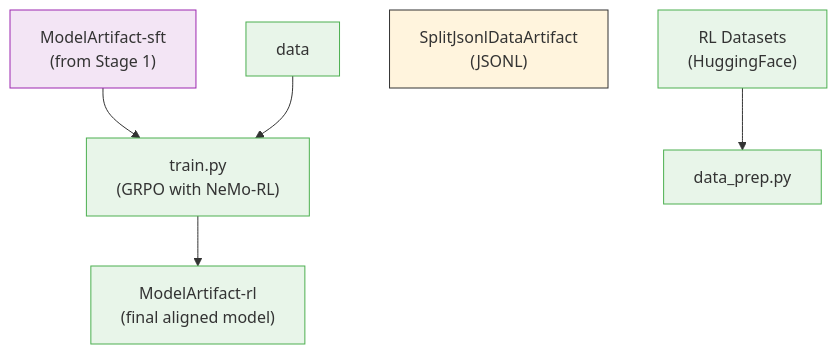
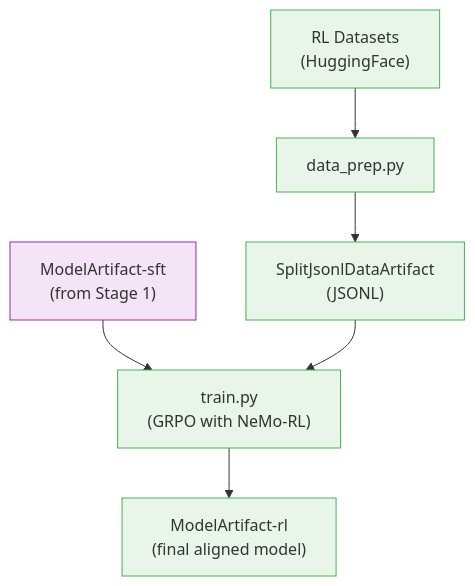
The second of 2 diagrams in docs/nemotron/lightning35/rl.md (NVIDIA-NeMo/Nemotron), drawn with Mermaid before and after one commit. The commit also changed other lines of this file and 166 other files, not shown here.

````diff
--- a/docs/nemotron/lightning35/rl.md
+++ b/docs/nemotron/lightning35/rl.md
@@ -389,16 +370,16 @@
 ```mermaid
 %%{init: {'theme': 'base', 'themeVariables': { 'primaryBorderColor': '#333333', 'lineColor': '#333333', 'primaryTextColor': '#333333'}}}%%
 flowchart TB
     prev["ModelArtifact-sft<br/>(from Stage 1)"] --> train
     rl["RL Datasets<br/>(HuggingFace)"] --> dp["data_prep.py"]
-    data2["SplitJsonlDataArtifact<br/>(JSONL)"]
+    dp --> data["SplitJsonlDataArtifact<br/>(JSONL)"]
     data --> train["train.py<br/>(GRPO with NeMo-RL)"]
     train --> model["ModelArtifact-rl<br/>(final aligned model)"]
 
     style prev fill:#f3e5f5,stroke:#9c27b0
     style rl fill:#e8f5e9,stroke:#4caf50
     style dp fill:#e8f5e9,stroke:#4caf50
     style data fill:#e8f5e9,stroke:#4caf50
     style train fill:#e8f5e9,stroke:#4caf50
     style model fill:#e8f5e9,stroke:#4caf50
 ```
````
